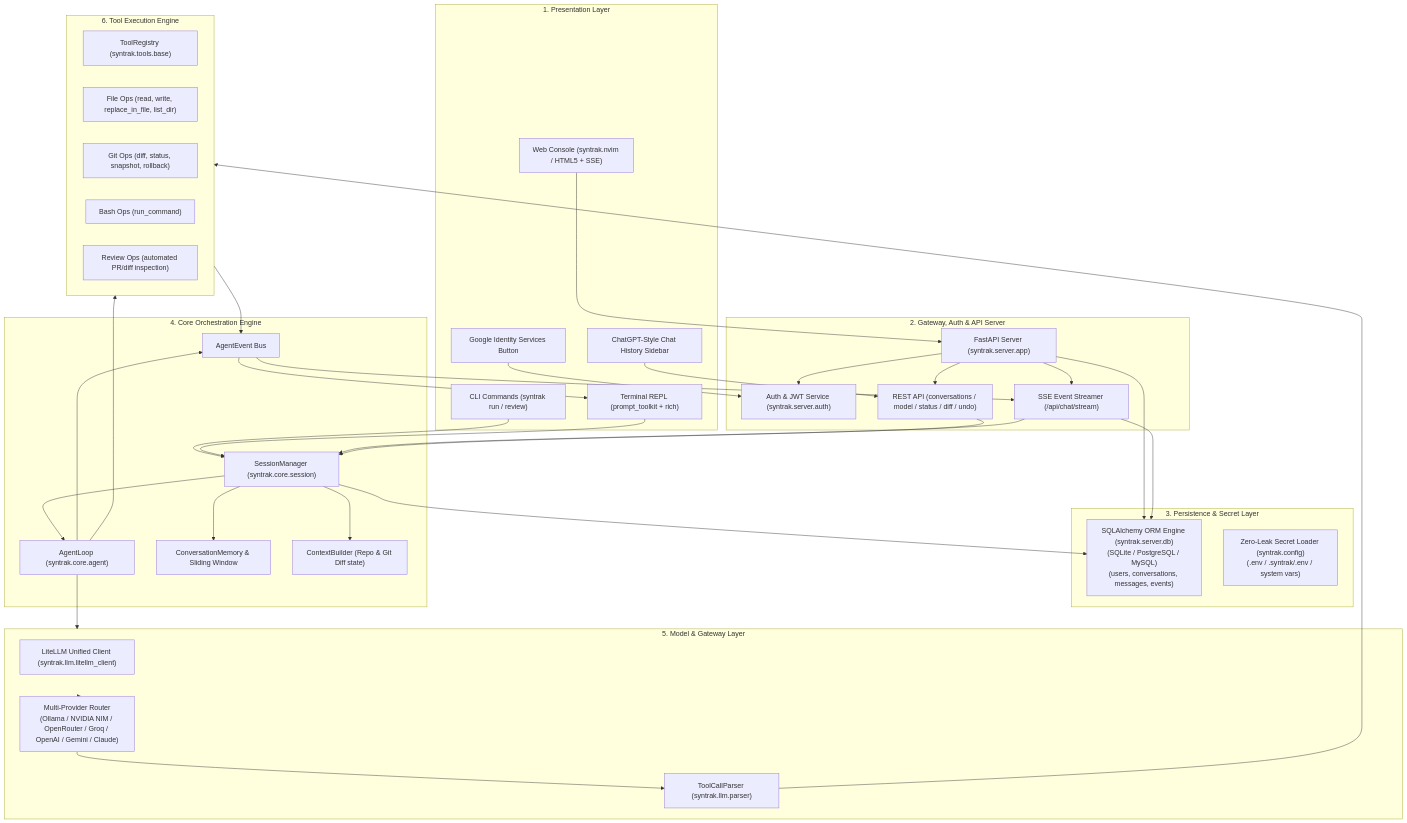
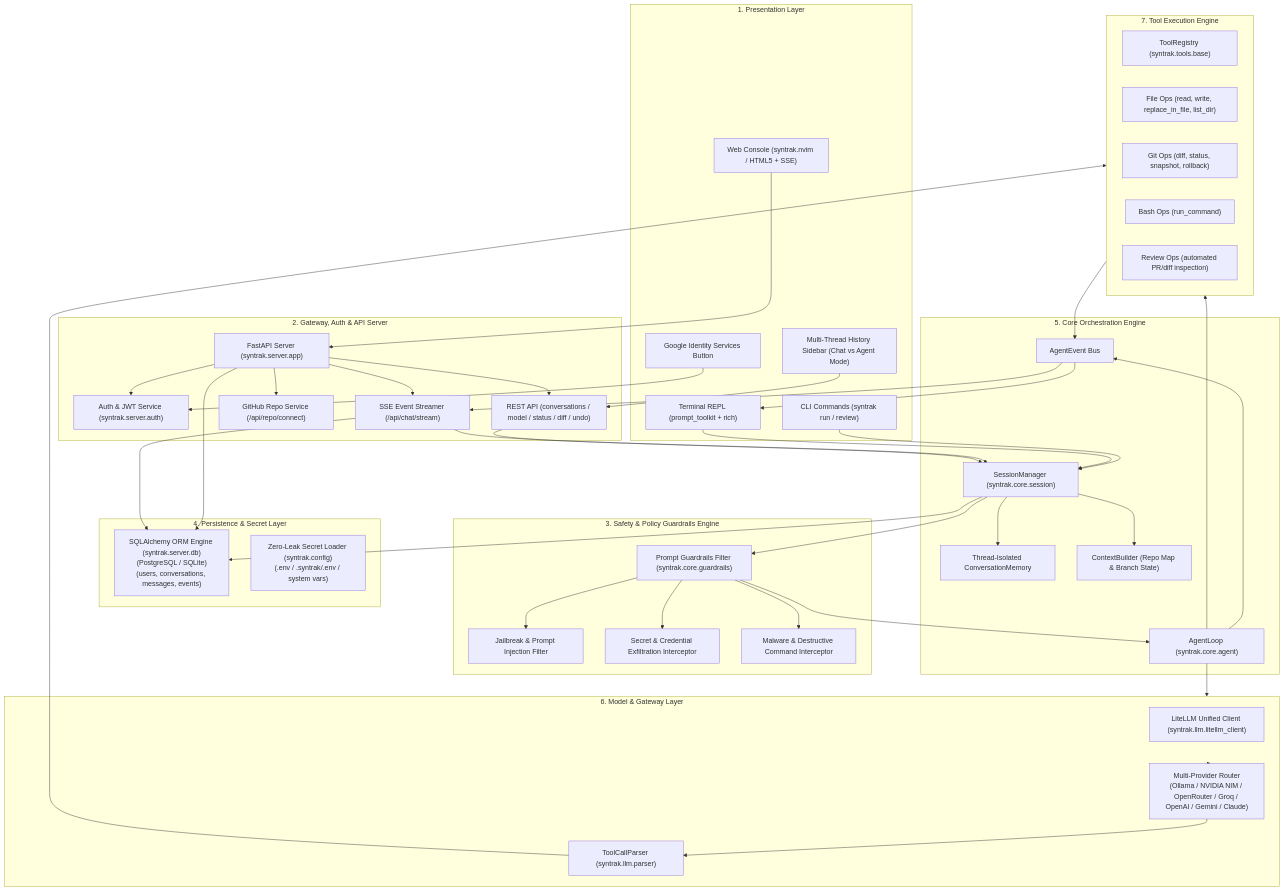
One commit to Enky-yy/Syntrak changed the first of 2 diagrams in ARCHITECTURE.md. Above: the diagram before and after it, drawn with Mermaid. The commit also changed other lines of this file and 3 other files, not shown here.

Commit message:
chore: bump version to 0.1.4 and update README and ARCHITECTURE documentation

```diff
--- a/ARCHITECTURE.md
+++ b/ARCHITECTURE.md
@@ -16,36 +16,44 @@
         REPL["Terminal REPL (prompt_toolkit + rich)"]
         WebUI["Web Console (syntrak.nvim / HTML5 + SSE)"]
         GoogleGIS["Google Identity Services Button"]
-        Sidebar["ChatGPT-Style Chat History Sidebar"]
+        Sidebar["Multi-Thread History Sidebar (Chat vs Agent Mode)"]
     end
 
     subgraph Server_Layer["2. Gateway, Auth & API Server"]
         FastAPI["FastAPI Server (syntrak.server.app)"]
         AuthService["Auth & JWT Service (syntrak.server.auth)"]
         SSE["SSE Event Streamer (/api/chat/stream)"]
+        RepoService["GitHub Repo Service (/api/repo/connect)"]
         REST["REST API (conversations / model / status / diff / undo)"]
     end
 
-    subgraph Persistence_Layer["3. Persistence & Secret Layer"]
-        SQLAlchemyDB["SQLAlchemy ORM Engine (syntrak.server.db)\n(SQLite / PostgreSQL / MySQL)\n(users, conversations, messages, events)"]
+    subgraph Safety_Layer["3. Safety & Policy Guardrails Engine"]
+        Guardrails["Prompt Guardrails Filter (syntrak.core.guardrails)"]
+        JailbreakCheck["Jailbreak & Prompt Injection Filter"]
+        SecretLeakCheck["Secret & Credential Exfiltration Interceptor"]
+        MalwareCheck["Malware & Destructive Command Interceptor"]
+    end
+
+    subgraph Persistence_Layer["4. Persistence & Secret Layer"]
+        SQLAlchemyDB["SQLAlchemy ORM Engine (syntrak.server.db)\n(PostgreSQL / SQLite)\n(users, conversations, messages, events)"]
         EnvLoader["Zero-Leak Secret Loader (syntrak.config)\n(.env / .syntrak/.env / system vars)"]
     end
 
-    subgraph Core_Engine["4. Core Orchestration Engine"]
+    subgraph Core_Engine["5. Core Orchestration Engine"]
         Session["SessionManager (syntrak.core.session)"]
         Agent["AgentLoop (syntrak.core.agent)"]
-        Memory["ConversationMemory & Sliding Window"]
-        Context["ContextBuilder (Repo & Git Diff state)"]
+        Memory["Thread-Isolated ConversationMemory"]
+        Context["ContextBuilder (Repo Map & Branch State)"]
         Events["AgentEvent Bus"]
     end
 
-    subgraph LLM_Gateway["5. Model & Gateway Layer"]
+    subgraph LLM_Gateway["6. Model & Gateway Layer"]
         LiteLLM["LiteLLM Unified Client (syntrak.llm.litellm_client)"]
         Parser["ToolCallParser (syntrak.llm.parser)"]
         Providers["Multi-Provider Router\n(Ollama / NVIDIA NIM / OpenRouter / Groq / OpenAI / Gemini / Claude)"]
     end
 
-    subgraph Tool_Engine["6. Tool Execution Engine"]
+    subgraph Tool_Engine["7. Tool Execution Engine"]
         Registry["ToolRegistry (syntrak.tools.base)"]
         FileTools["File Ops (read, write, replace_in_file, list_dir)"]
         GitTools["Git Ops (diff, status, snapshot, rollback)"]
@@ -61,11 +69,13 @@
     Sidebar --> REST
     
     FastAPI --> AuthService
-    FastAPI --> SSE & REST
+    FastAPI --> SSE & REST & RepoService
     FastAPI --> SQLAlchemyDB
     
     SSE & REST --> Session
-    Session --> Agent
+    Session --> Guardrails
+    Guardrails --> JailbreakCheck & SecretLeakCheck & MalwareCheck
+    Guardrails --> Agent
     Session --> Memory
     Session --> Context
     Session --> SQLAlchemyDB
```
